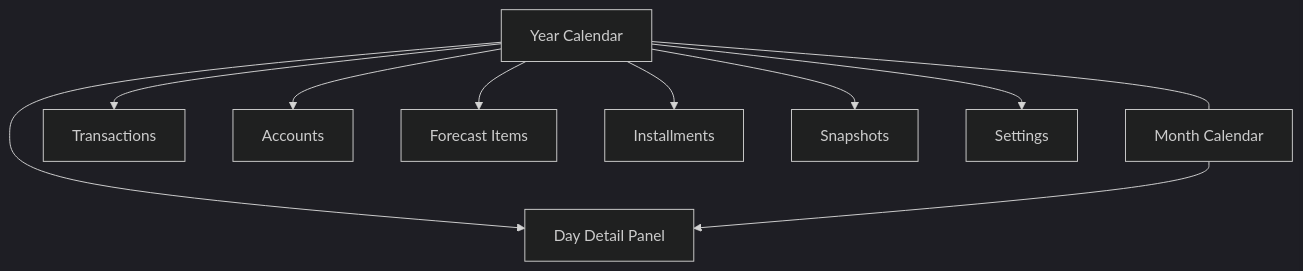
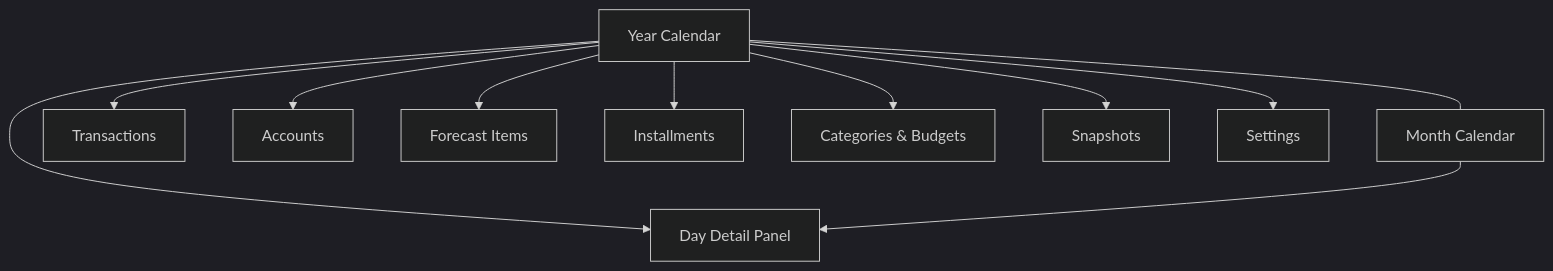
The diagram in docs/specs/phase-1-scope.md (renancardo/cashflow), drawn with Mermaid (dark theme) before and after one commit. The commit also changed other lines of this file and 2 other files, not shown here.

Commit message:
Refactor cash flow app documentation to replace "envelope accounts" with "category budgets" terminology. Updated data model and phase 1 scope to reflect changes in budgeting features, emphasizing monthly targets and variance tracking on the **Categories & Budgets** screen.

````diff
--- a/docs/specs/phase-1-scope.md
+++ b/docs/specs/phase-1-scope.md
@@ -149,22 +151,24 @@
 ```mermaid
 flowchart TB
   YearCal["Year Calendar"]
   MonthCal["Month Calendar"]
   DayPanel["Day Detail Panel"]
   Txn["Transactions"]
   Acct["Accounts"]
   Forecast["Forecast Items"]
   Install["Installments"]
+  Budgets["Categories & Budgets"]
   Snap["Snapshots"]
   Settings["Settings"]
 
   YearCal --> DayPanel
   MonthCal --> DayPanel
   YearCal --- MonthCal
   YearCal --> Txn
   YearCal --> Acct
   YearCal --> Forecast
   YearCal --> Install
+  YearCal --> Budgets
   YearCal --> Snap
   YearCal --> Settings
 ```
````
